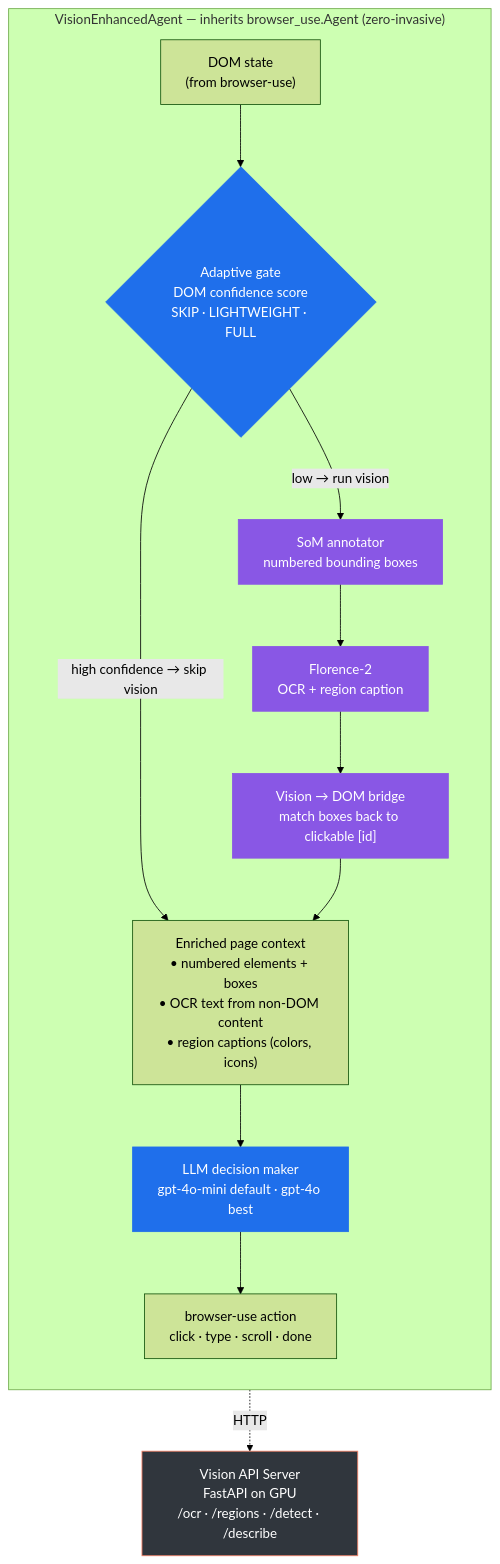
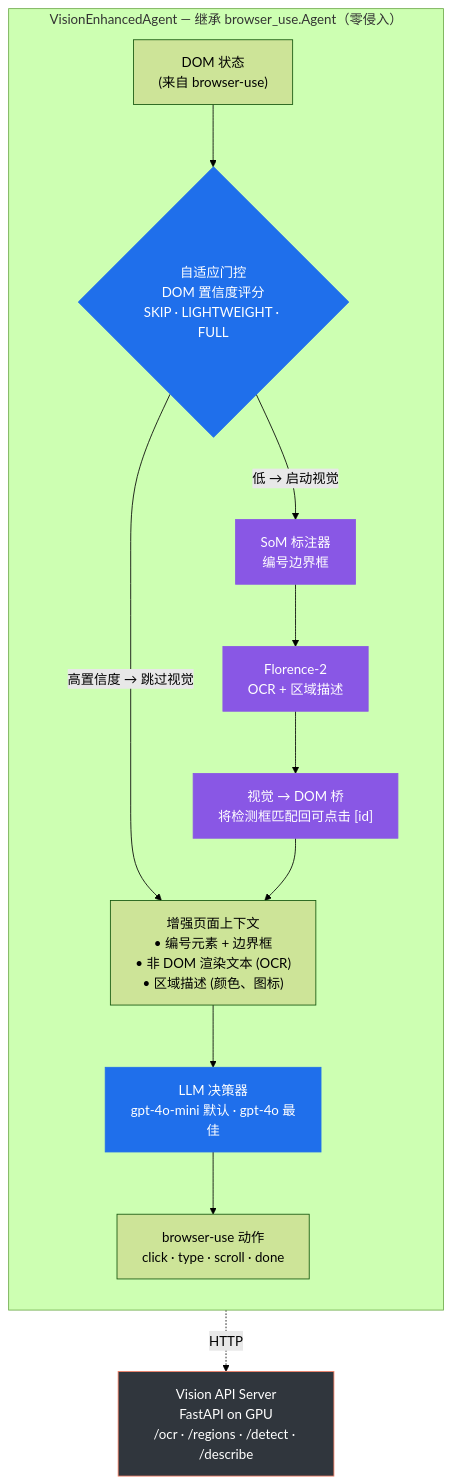
One commit to Raidriar7170/browser-use-vision changed the diagram in README.md. Above: the diagram before and after it, drawn with Mermaid (forest theme). The commit also changed other lines of this file and 1 other file, not shown here.

````diff
--- a/README.md
+++ b/README.md
@@ -137,29 +88,29 @@
 ```mermaid
 flowchart TB
-    subgraph agent["VisionEnhancedAgent — inherits browser_use.Agent (zero-invasive)"]
+    subgraph agent["VisionEnhancedAgent — 继承 browser_use.Agent（零侵入）"]
         direction TB
-        dom["DOM state<br/>(from browser-use)"]
-        gate{"Adaptive gate<br/>DOM confidence score<br/>SKIP · LIGHTWEIGHT · FULL"}
-        som["SoM annotator<br/>numbered bounding boxes"]
-        flo["Florence-2<br/>OCR + region caption"]
-        bridge["Vision → DOM bridge<br/>match boxes back to clickable [id]"]
-        ctx["Enriched page context<br/>• numbered elements + boxes<br/>• OCR text from non-DOM content<br/>• region captions (colors, icons)"]
-        llm["LLM decision maker<br/>gpt-4o-mini default · gpt-4o best"]
-        act["browser-use action<br/>click · type · scroll · done"]
+        dom["DOM 状态<br/>(来自 browser-use)"]
+        gate{"自适应门控<br/>DOM 置信度评分<br/>SKIP · LIGHTWEIGHT · FULL"}
+        som["SoM 标注器<br/>编号边界框"]
+        flo["Florence-2<br/>OCR + 区域描述"]
+        bridge["视觉 → DOM 桥<br/>将检测框匹配回可点击 [id]"]
+        ctx["增强页面上下文<br/>• 编号元素 + 边界框<br/>• 非 DOM 渲染文本 (OCR)<br/>• 区域描述 (颜色、图标)"]
+        llm["LLM 决策器<br/>gpt-4o-mini 默认 · gpt-4o 最佳"]
+        act["browser-use 动作<br/>click · type · scroll · done"]
 
         dom --> gate
-        gate -->|"high confidence → skip vision"| ctx
-        gate -->|"low → run vision"| som
+        gate -->|"高置信度 → 跳过视觉"| ctx
+        gate -->|"低 → 启动视觉"| som
         som --> flo --> bridge --> ctx
         ctx --> llm --> act
     end
 
     flo -. HTTP .-> api["Vision API Server<br/>FastAPI on GPU<br/>/ocr · /regions · /detect · /describe"]
 
     classDef decide fill:#1f6feb,stroke:#1f6feb,color:#fff
     classDef vision fill:#8957e5,stroke:#8957e5,color:#fff
     classDef gpu fill:#30363d,stroke:#f78166,color:#fff
     class gate,llm decide
     class som,flo,bridge vision
     class api gpu
 ```
````
